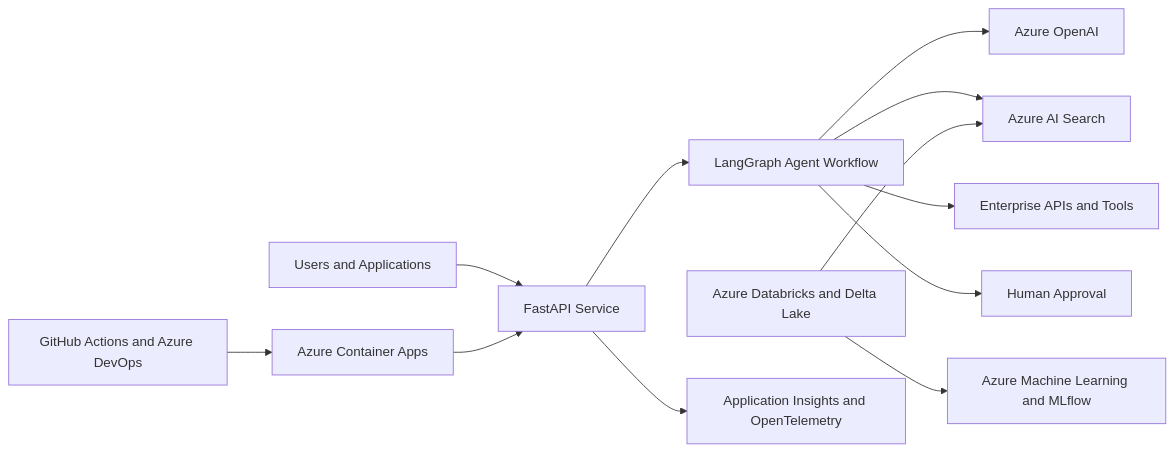
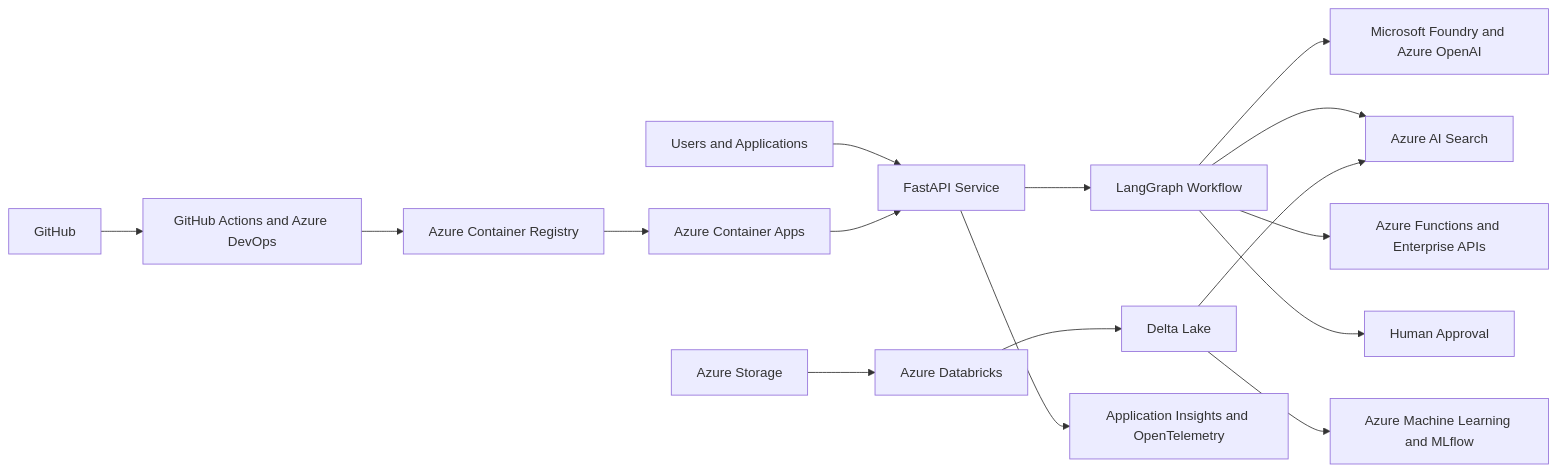
The second of 2 diagrams in README.md (Razavisr/azure-enterprise-ai-platform), drawn with Mermaid before and after one commit. The commit also changed other lines of this file, not shown here.

Commit message:
docs: document Azure development architecture

````diff
--- a/README.md
+++ b/README.md
@@ -47,18 +102,22 @@
 ```mermaid
 flowchart LR
-    U[Users and Applications] --> API[FastAPI Service]
-    API --> AGENT[LangGraph Agent Workflow]
+    USERS[Users and Applications] --> API[FastAPI Service]
+    API --> GRAPH[LangGraph Workflow]
 
-    AGENT --> AOAI[Azure OpenAI]
-    AGENT --> SEARCH[Azure AI Search]
-    AGENT --> TOOLS[Enterprise APIs and Tools]
-    AGENT --> HUMAN[Human Approval]
+    GRAPH --> FOUNDRY[Microsoft Foundry and Azure OpenAI]
+    GRAPH --> SEARCH[Azure AI Search]
+    GRAPH --> TOOLS[Azure Functions and Enterprise APIs]
+    GRAPH --> HUMAN[Human Approval]
 
-    DATA[Azure Databricks and Delta Lake] --> SEARCH
-    DATA --> AML[Azure Machine Learning and MLflow]
+    RAW[Azure Storage] --> DBX[Azure Databricks]
+    DBX --> DELTA[Delta Lake]
+    DELTA --> SEARCH
+    DELTA --> AML[Azure Machine Learning and MLflow]
 
     API --> OBS[Application Insights and OpenTelemetry]
 
-    CICD[GitHub Actions and Azure DevOps] --> DEPLOY[Azure Container Apps]
-    DEPLOY --> API
+    GITHUB[GitHub] --> PIPELINE[GitHub Actions and Azure DevOps]
+    PIPELINE --> ACR[Azure Container Registry]
+    ACR --> ACA[Azure Container Apps]
+    ACA --> API
 ```
````
